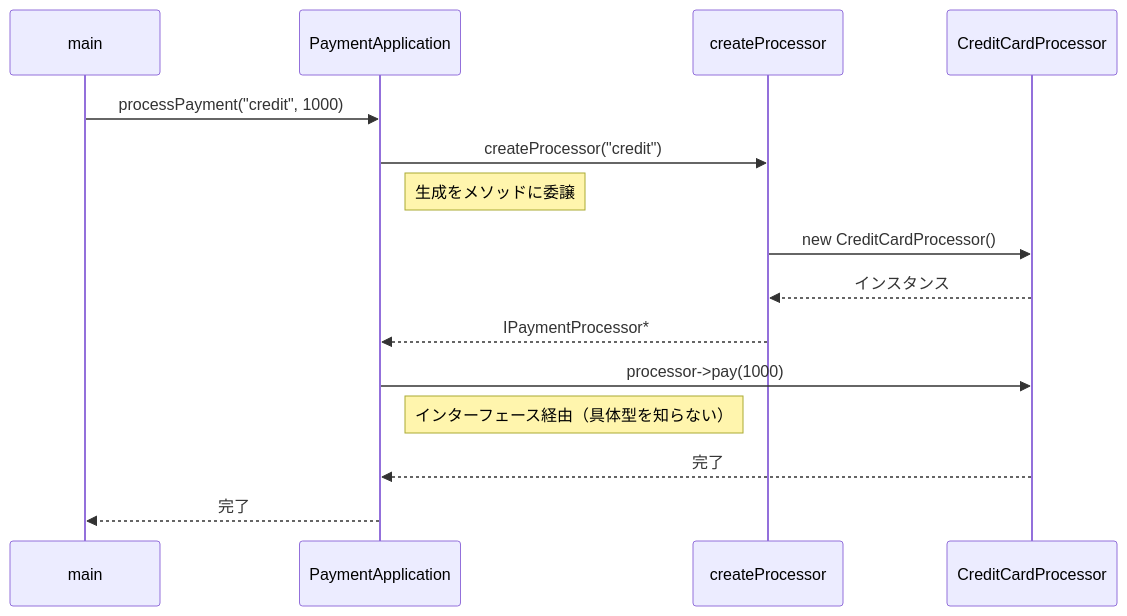
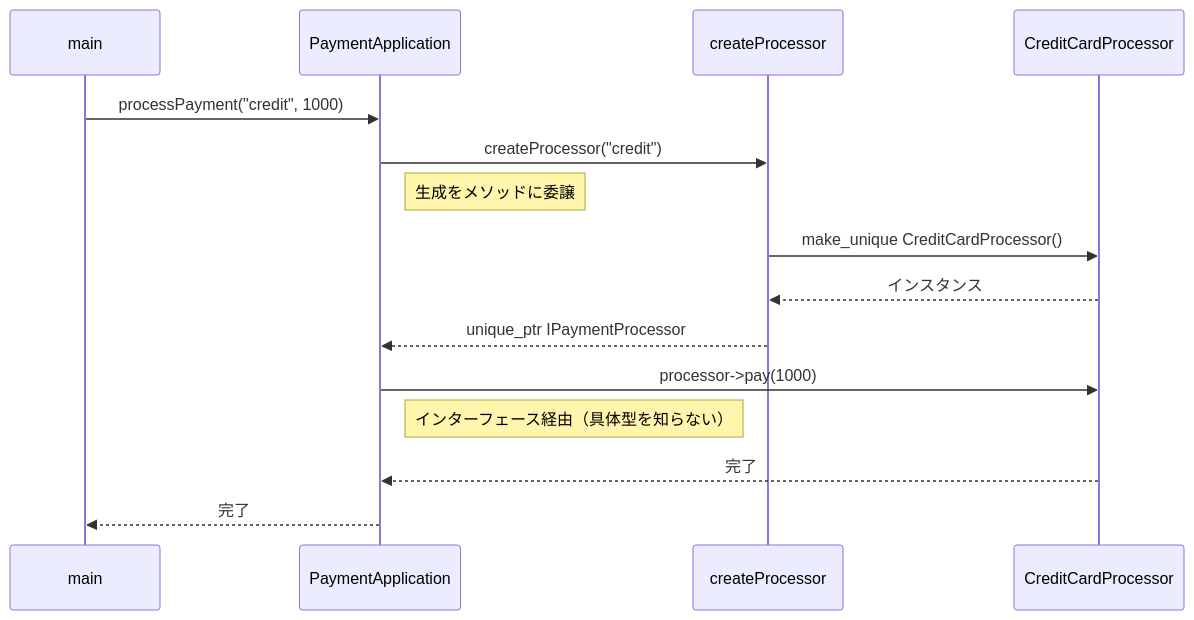
The third of 5 diagrams in kindle/design-patterns/output/chapter08.md (kumachan1101-pixel/DesignPattern), drawn with Mermaid before and after one commit. The commit also changed other lines of this file and 1 other file, not shown here.

````diff
--- a/kindle/design-patterns/output/chapter08.md
+++ b/kindle/design-patterns/output/chapter08.md
@@ -783,18 +792,18 @@
 ```mermaid
 sequenceDiagram
     participant main
     participant PA as PaymentApplication
     participant CP as createProcessor
     participant CC as CreditCardProcessor
 
     main->>PA: processPayment("credit", 1000)
     PA->>CP: createProcessor("credit")
     Note right of PA: 生成をメソッドに委譲
-    CP->>CC: new CreditCardProcessor()
+    CP->>CC: make_unique CreditCardProcessor()
     CC-->>CP: インスタンス
-    CP-->>PA: IPaymentProcessor*
+    CP-->>PA: unique_ptr IPaymentProcessor
     PA->>CC: processor->pay(1000)
     Note right of PA: インターフェース経由（具体型を知らない）
     CC-->>PA: 完了
     PA-->>main: 完了
 ```
````
